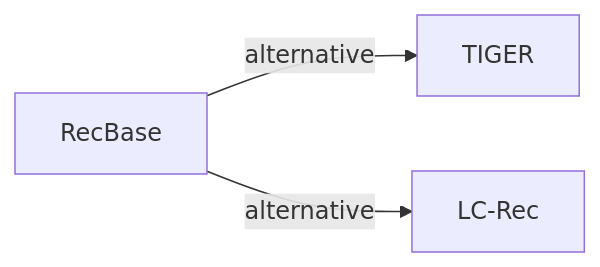
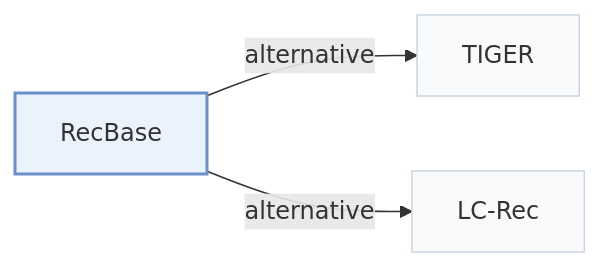
Before and after one commit to Galaxy-ghost/Awesome-SID-Generative-Rec: the second of 2 diagrams in pages/papers/recbase.md, drawn with Mermaid. The commit also changed other lines of this file and 649 other files, not shown here.

Commit message:
writer-05: also tags and modality index (schema, check, build, visuals); summary field removed; calibration data for 12 papers

````diff
--- a/pages/papers/recbase.md
+++ b/pages/papers/recbase.md
@@ -67,6 +74,10 @@
 ```mermaid
 flowchart LR
     P["RecBase"]
-    P -->|alternative| A["TIGER"]
-    P -->|alternative| B["LC-Rec"]
+    P -->|"alternative"| A["TIGER"]
+    P -->|"alternative"| B["LC-Rec"]
+    classDef main fill:#eaf2fb,stroke:#6b8fc7,stroke-width:2px
+    classDef peer fill:#f8fafc,stroke:#cbd5e1
+    class P main
+    class A,B peer
 ```
````
